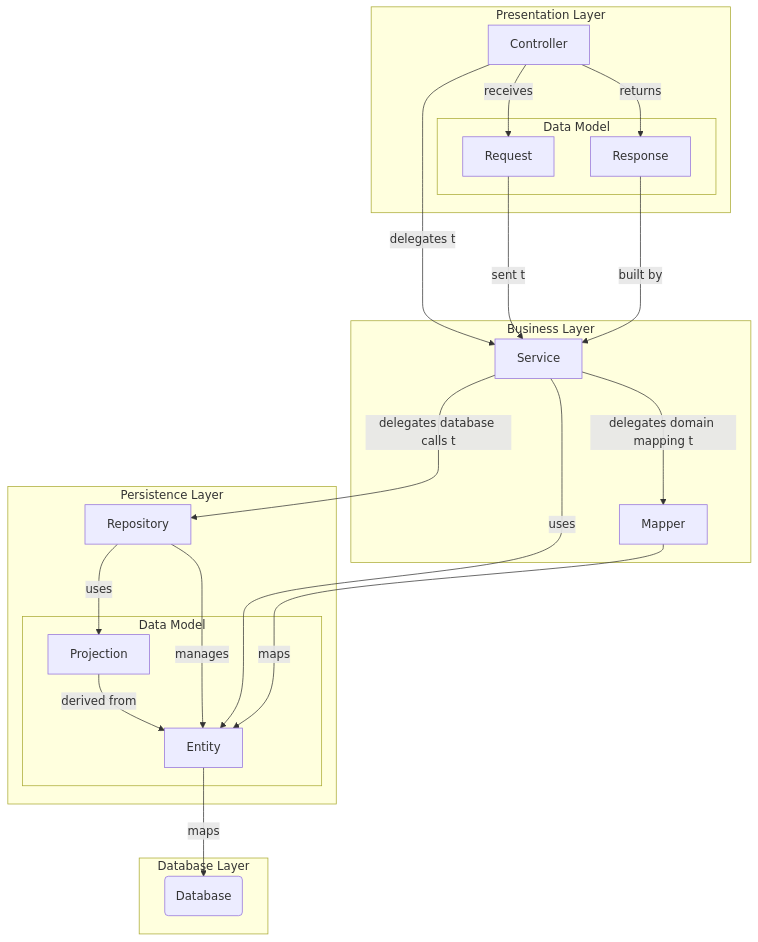
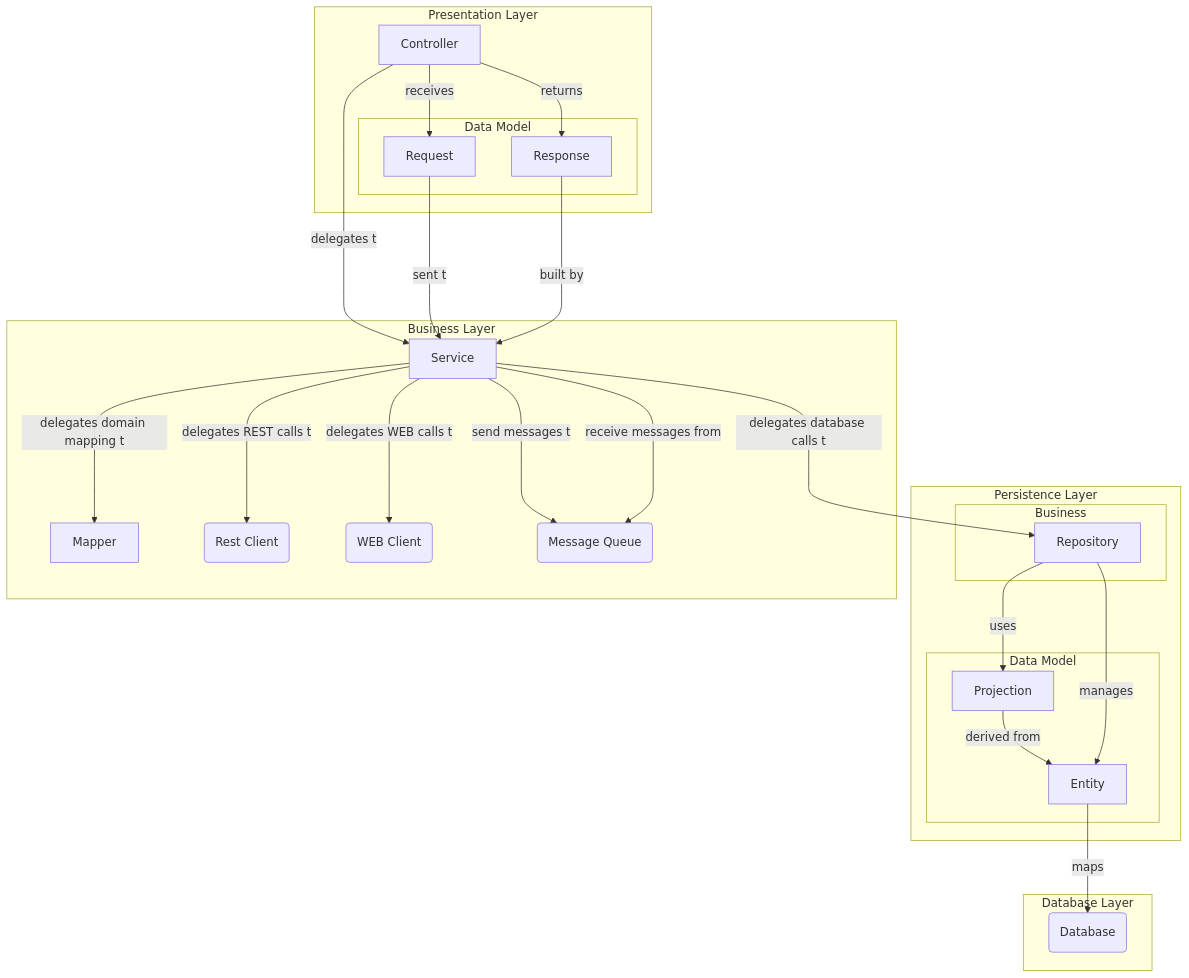
One commit to ghitacornel/docs changed the diagram in architecture/Layered architecture guidelines.md. Above: the diagram before and after it, drawn with Mermaid.

````diff
--- a/architecture/Layered architecture guidelines.md
+++ b/architecture/Layered architecture guidelines.md
@@ -2,31 +2,36 @@
 ```mermaid
 graph v
     subgraph Database Layer
         DB(Database)
     end
     subgraph Persistence Layer
         subgraph Data Model
             Projection--derived from-->Entity
         end
+        subgraph Business
+            Repository
+        end
         Entity--maps-->DB
         Repository--manages-->Entity
         Repository--uses-->Projection
     end
     subgraph Business Layer
-        Service--uses-->Entity
         Service--delegates database calls to-->Repository
         Service--delegates domain mapping to-->Mapper
-        Mapper--maps-->Entity
+        Service--delegates REST calls to-->REST(Rest Client)
+        Service--delegates WEB calls to-->WEB(WEB Client)
+        Service--send messages to-->MQ(Message Queue)
+        Service--receive messages from-->MQ(Message Queue)
     end
     subgraph Presentation Layer
         subgraph Data Model
             Request
             Response
         end
         Controller--receives-->Request
         Controller--returns-->Response
         Controller--delegates to-->Service
         Request--sent to-->Service
         Response--built by-->Service
     end
 ```
````
